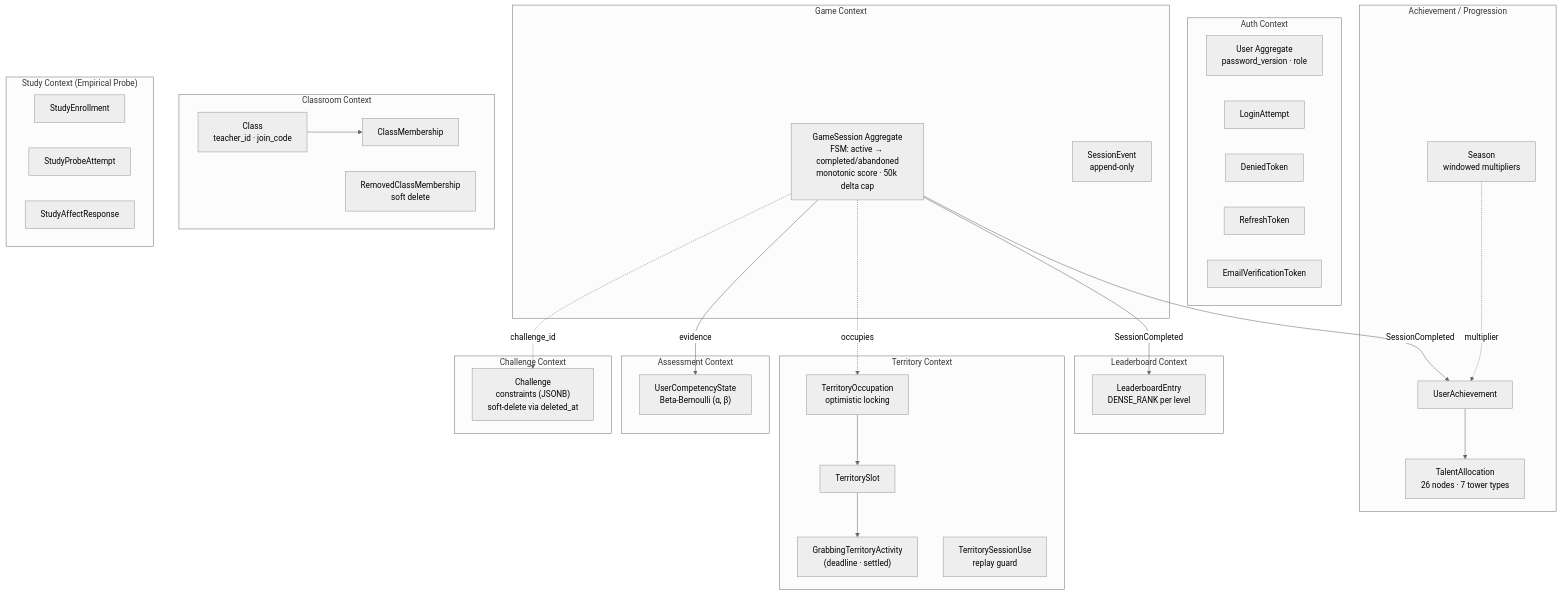
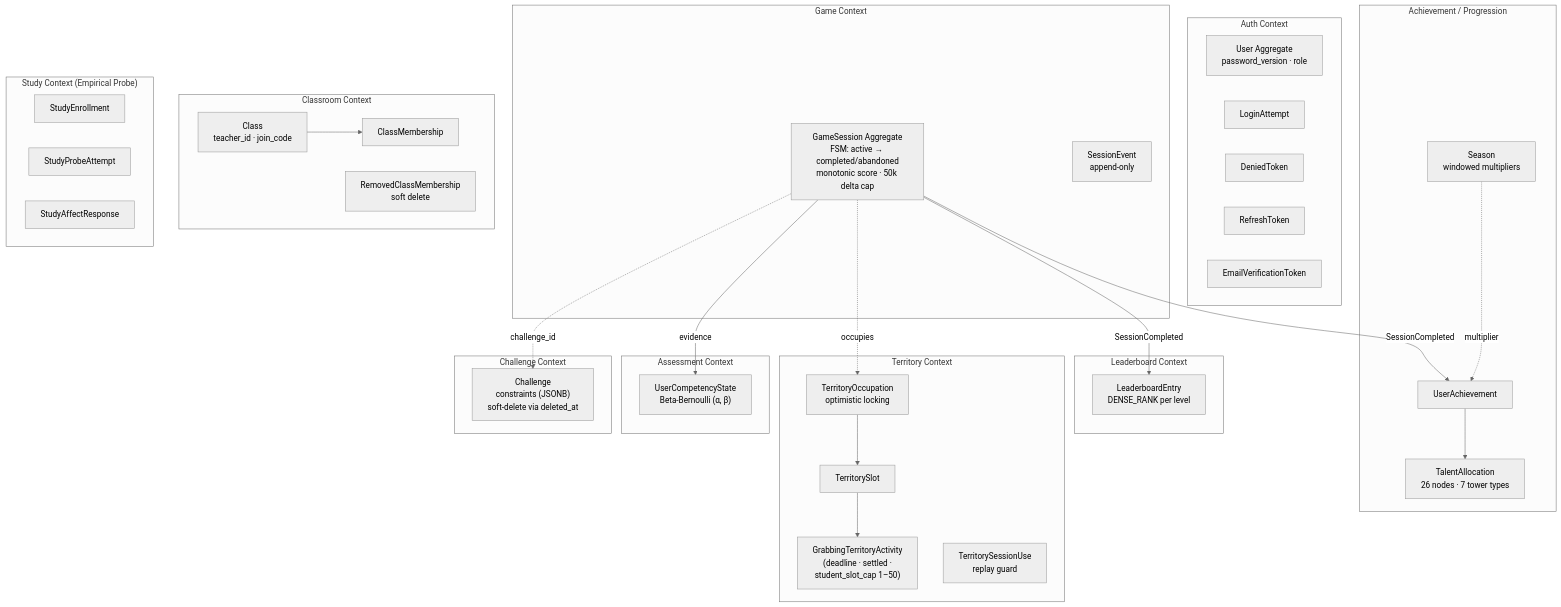
Before and after one commit to 2026-NTNU-Computer-Programming-II-POLS/Math-Defense: the third of 10 diagrams in ARCHITECTURE.md, drawn with Mermaid (neutral theme). The commit also changed other lines of this file, not shown here.

Commit message:
docs(arch): refresh counts, territory slot cap, LimitBurstRenderer, visual redesign entry

````diff
--- a/ARCHITECTURE.md
+++ b/ARCHITECTURE.md
@@ -181,62 +181,62 @@
 ```mermaid
 flowchart TB
     subgraph Auth["Auth Context"]
         U[User Aggregate<br/>password_version · role]
         LA[LoginAttempt]
         DT[DeniedToken]
         RT[RefreshToken]
         EV[EmailVerificationToken]
     end
 
     subgraph Game["Game Context"]
         GS["GameSession Aggregate<br/>FSM: active → completed/abandoned<br/>monotonic score · 50k delta cap"]
         SE[SessionEvent<br/>append-only]
     end
 
     subgraph Lb["Leaderboard Context"]
         LE[LeaderboardEntry<br/>DENSE_RANK per level]
     end
 
     subgraph Ach["Achievement / Progression"]
         UA[UserAchievement]
         TA[TalentAllocation<br/>26 nodes · 7 tower types]
         SE2[Season<br/>windowed multipliers]
     end
 
     subgraph Class["Classroom Context"]
         C[Class<br/>teacher_id · join_code]
         CM[ClassMembership]
         RCM[RemovedClassMembership<br/>soft delete]
     end
 
     subgraph Terr["Territory Context"]
-        GTA["GrabbingTerritoryActivity<br/>(deadline · settled)"]
+        GTA["GrabbingTerritoryActivity<br/>(deadline · settled ·<br/>student_slot_cap 1–50)"]
         TS[TerritorySlot]
         TO[TerritoryOccupation<br/>optimistic locking]
         TSU[TerritorySessionUse<br/>replay guard]
     end
 
     subgraph Assess["Assessment Context"]
         UCS["UserCompetencyState<br/>Beta-Bernoulli (α, β)"]
     end
 
     subgraph Study["Study Context (Empirical Probe)"]
         SEN[StudyEnrollment]
         SPA[StudyProbeAttempt]
         SAR[StudyAffectResponse]
     end
 
     subgraph Chal["Challenge Context"]
         CH["Challenge<br/>constraints (JSONB)<br/>soft-delete via deleted_at"]
     end
 
     GS -- SessionCompleted --> LE
     GS -- SessionCompleted --> UA
     UA --> TA
     SE2 -. multiplier .-> UA
     GS -- evidence --> UCS
     GS -. occupies .-> TO
     TO --> TS --> GTA
     C --> CM
     GS -. challenge_id .-> CH
 ```
````
